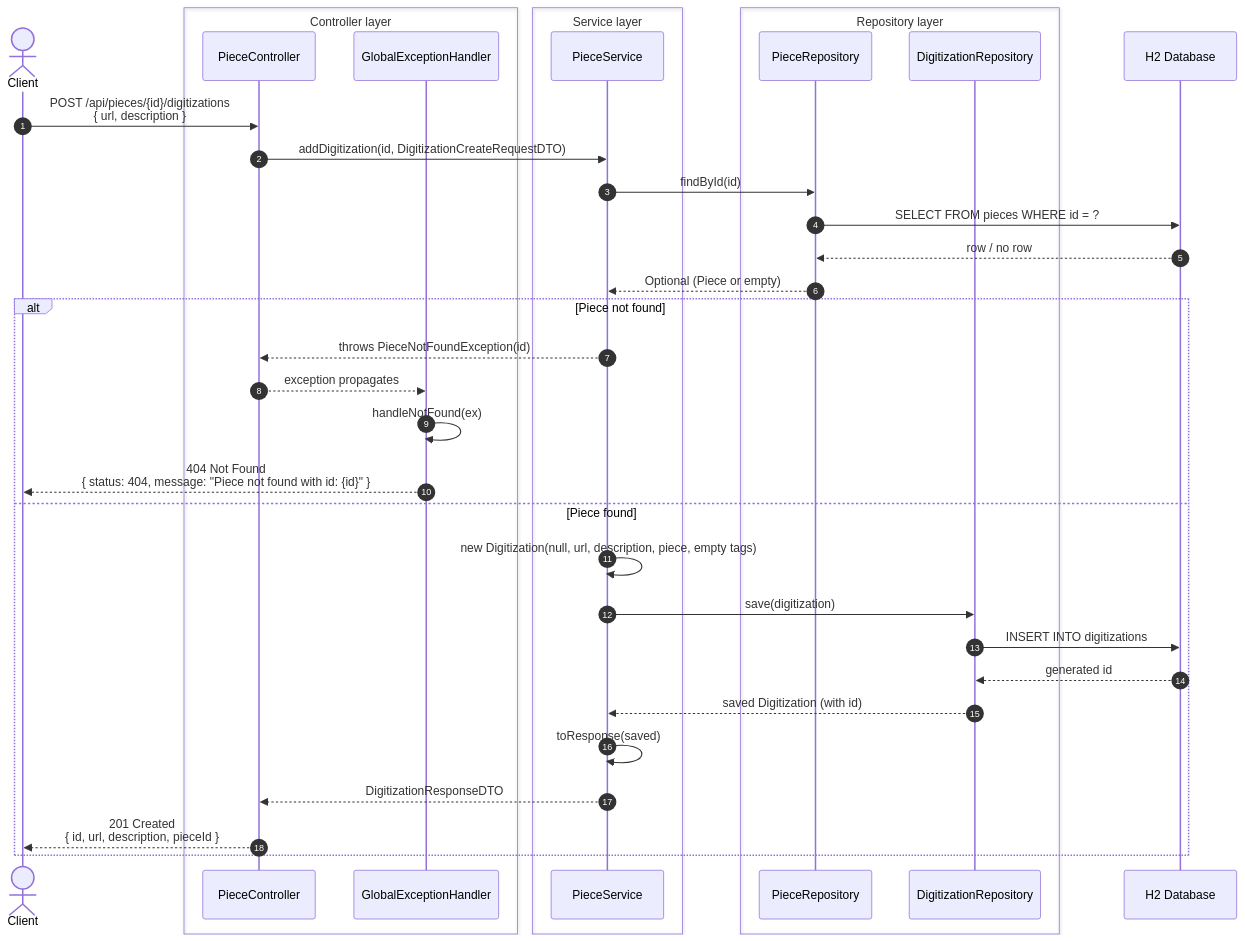
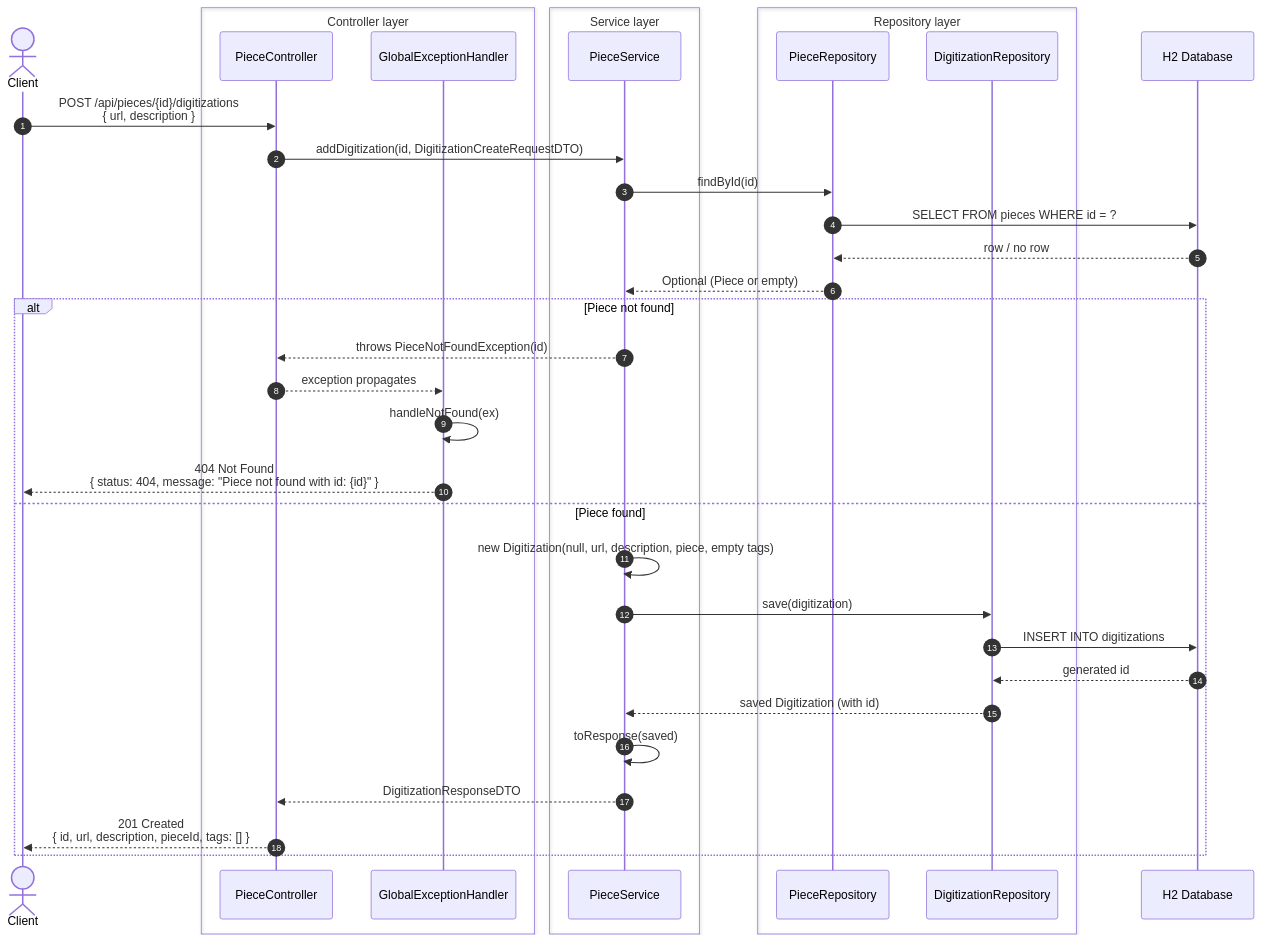
The diagram in docs/diagrams/sequence-add-digitization.md (rociorusconi/archivo-digital-bardales-precopio-rusconi), drawn with Mermaid before and after one commit. The commit also changed other lines of this file and 3 other files, not shown here.

````diff
--- a/docs/diagrams/sequence-add-digitization.md
+++ b/docs/diagrams/sequence-add-digitization.md
@@ -6,40 +6,40 @@
 ```mermaid
 sequenceDiagram
     autonumber
     actor Client
     box Controller layer
         participant PC as PieceController
         participant GEH as GlobalExceptionHandler
     end
     box Service layer
         participant PS as PieceService
     end
     box Repository layer
         participant PR as PieceRepository
         participant DR as DigitizationRepository
     end
     participant DB as H2 Database
 
     Client->>PC: POST /api/pieces/{id}/digitizations<br/>{ url, description }
     PC->>PS: addDigitization(id, DigitizationCreateRequestDTO)
     PS->>PR: findById(id)
     PR->>DB: SELECT FROM pieces WHERE id = ?
     DB-->>PR: row / no row
     PR-->>PS: Optional (Piece or empty)
 
     alt Piece not found
         PS-->>PC: throws PieceNotFoundException(id)
         PC-->>GEH: exception propagates
         GEH->>GEH: handleNotFound(ex)
         GEH-->>Client: 404 Not Found<br/>{ status: 404, message: "Piece not found with id: {id}" }
     else Piece found
         PS->>PS: new Digitization(null, url, description, piece, empty tags)
         PS->>DR: save(digitization)
         DR->>DB: INSERT INTO digitizations
         DB-->>DR: generated id
         DR-->>PS: saved Digitization (with id)
         PS->>PS: toResponse(saved)
         PS-->>PC: DigitizationResponseDTO
-        PC-->>Client: 201 Created<br/>{ id, url, description, pieceId }
+        PC-->>Client: 201 Created<br/>{ id, url, description, pieceId, tags: [] }
     end
 ```
````
